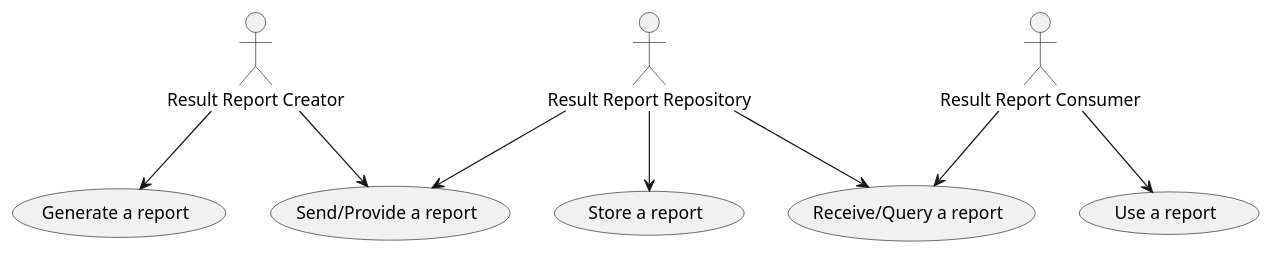
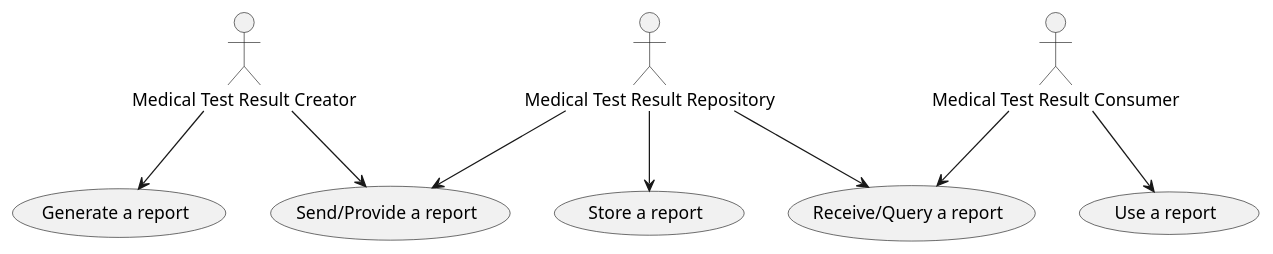
The diagram in input/images-source/lab-actors.plantuml (Xt-EHR/xt-ehr-common), drawn with PlantUML before and after one commit.

```diff
--- a/input/images-source/lab-actors.plantuml
+++ b/input/images-source/lab-actors.plantuml
@@ -1,18 +1,18 @@
 @startuml
-"Result Report Creator" as creator
-"Result Report Repository" as repos
-"Result Report Consumer" as consumer
+"Medical Test Result Creator" as creator
+"Medical Test Result Repository" as repos
+"Medical Test Result Consumer" as consumer
 "Generate a report" as (create)
 "Store a report" as (store)
 "Use a report" as (use)
 "Send/Provide a report" as (send)
 "Receive/Query a report" as (receive)
 
 creator --> (create)
 creator --> (send)
 consumer --> (use)
 consumer --> (receive)
 repos --> (store)
 repos --> (send)
 repos --> (receive)
 @enduml
```
